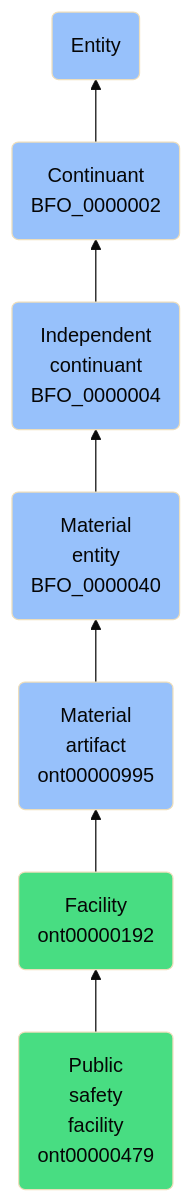
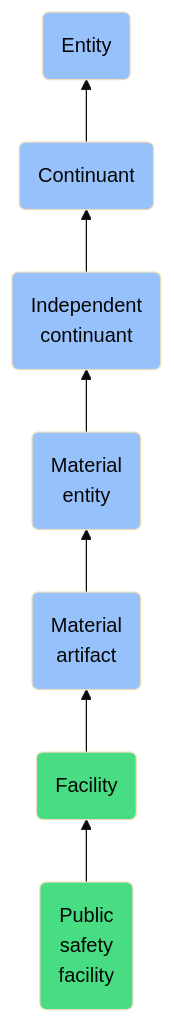
The diagram in docs/ontology/reference/model/Entity/Continuant/Independent continuant/Material entity/Material artifact/Facility/Public safety facility/Public safety facility.md (jupyter-naas/abi), drawn with Mermaid (base theme) before and after one commit. The commit also changed other lines of this file and 1430 other files, not shown here.

````diff
--- a/docs/ontology/reference/model/Entity/Continuant/Independent continuant/Material entity/Material artifact/Facility/Public safety facility/Public safety facility.md
+++ b/docs/ontology/reference/model/Entity/Continuant/Independent continuant/Material entity/Material artifact/Facility/Public safety facility/Public safety facility.md
@@ -24,14 +24,14 @@
 ```mermaid
 graph BT
-    ont00000479(Public<br>safety<br>facility<br>ont00000479):::ABI-->ont00000192
-    ont00000192(Facility<br>ont00000192):::ABI-->ont00000995
-    ont00000995(Material<br>artifact<br>ont00000995):::BFO-->BFO_0000040
-    BFO_0000040(Material<br>entity<br>BFO_0000040):::BFO-->BFO_0000004
-    BFO_0000004(Independent<br>continuant<br>BFO_0000004):::BFO-->BFO_0000002
-    BFO_0000002(Continuant<br>BFO_0000002):::BFO-->BFO_0000001
+    ont00000479(Public<br>safety<br>facility):::ABI-->ont00000192
+    ont00000192(Facility):::ABI-->ont00000995
+    ont00000995(Material<br>artifact):::BFO-->BFO_0000040
+    BFO_0000040(Material<br>entity):::BFO-->BFO_0000004
+    BFO_0000004(Independent<br>continuant):::BFO-->BFO_0000002
+    BFO_0000002(Continuant):::BFO-->BFO_0000001
     BFO_0000001(Entity):::BFO
     
     classDef BFO fill:#97c1fb,color:#060606
     classDef CCO fill:#e4c51e,color:#060606
     classDef ABI fill:#48DD82,color:#060606
 ```
````
